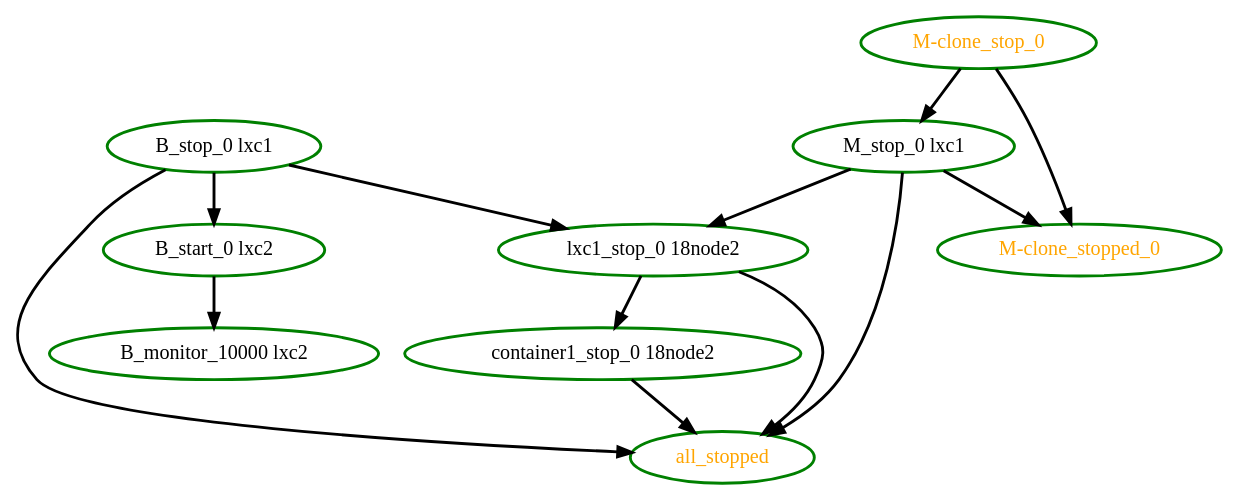
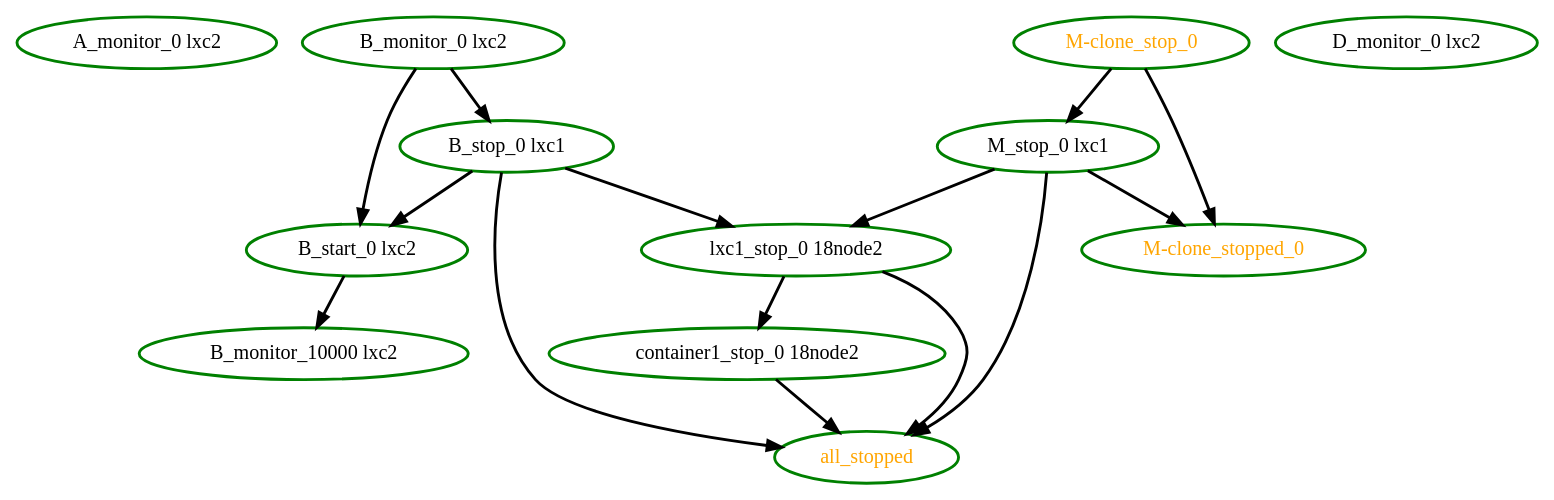
Before and after one commit to ClusterLabs/pacemaker: the diagram in pengine/test10/whitebox-stop.dot, drawn with Graphviz. The commit also changed 63 other files, not shown here.

```diff
--- a/pengine/test10/whitebox-stop.dot
+++ b/pengine/test10/whitebox-stop.dot
@@ -1,23 +1,28 @@
 digraph "g" {
+"A_monitor_0 lxc2" [ style=bold color="green" fontcolor="black"]
+"B_monitor_0 lxc2" -> "B_start_0 lxc2" [ style = bold]
+"B_monitor_0 lxc2" -> "B_stop_0 lxc1" [ style = bold]
+"B_monitor_0 lxc2" [ style=bold color="green" fontcolor="black"]
 "B_monitor_10000 lxc2" [ style=bold color="green" fontcolor="black"]
 "B_start_0 lxc2" -> "B_monitor_10000 lxc2" [ style = bold]
 "B_start_0 lxc2" [ style=bold color="green" fontcolor="black"]
 "B_stop_0 lxc1" -> "B_start_0 lxc2" [ style = bold]
 "B_stop_0 lxc1" -> "all_stopped" [ style = bold]
 "B_stop_0 lxc1" -> "lxc1_stop_0 18node2" [ style = bold]
 "B_stop_0 lxc1" [ style=bold color="green" fontcolor="black"]
+"D_monitor_0 lxc2" [ style=bold color="green" fontcolor="black"]
 "M-clone_stop_0" -> "M-clone_stopped_0" [ style = bold]
 "M-clone_stop_0" -> "M_stop_0 lxc1" [ style = bold]
 "M-clone_stop_0" [ style=bold color="green" fontcolor="orange"]
 "M-clone_stopped_0" [ style=bold color="green" fontcolor="orange"]
 "M_stop_0 lxc1" -> "M-clone_stopped_0" [ style = bold]
 "M_stop_0 lxc1" -> "all_stopped" [ style = bold]
 "M_stop_0 lxc1" -> "lxc1_stop_0 18node2" [ style = bold]
 "M_stop_0 lxc1" [ style=bold color="green" fontcolor="black"]
 "all_stopped" [ style=bold color="green" fontcolor="orange"]
 "container1_stop_0 18node2" -> "all_stopped" [ style = bold]
 "container1_stop_0 18node2" [ style=bold color="green" fontcolor="black"]
 "lxc1_stop_0 18node2" -> "all_stopped" [ style = bold]
 "lxc1_stop_0 18node2" -> "container1_stop_0 18node2" [ style = bold]
 "lxc1_stop_0 18node2" [ style=bold color="green" fontcolor="black"]
 }
```
